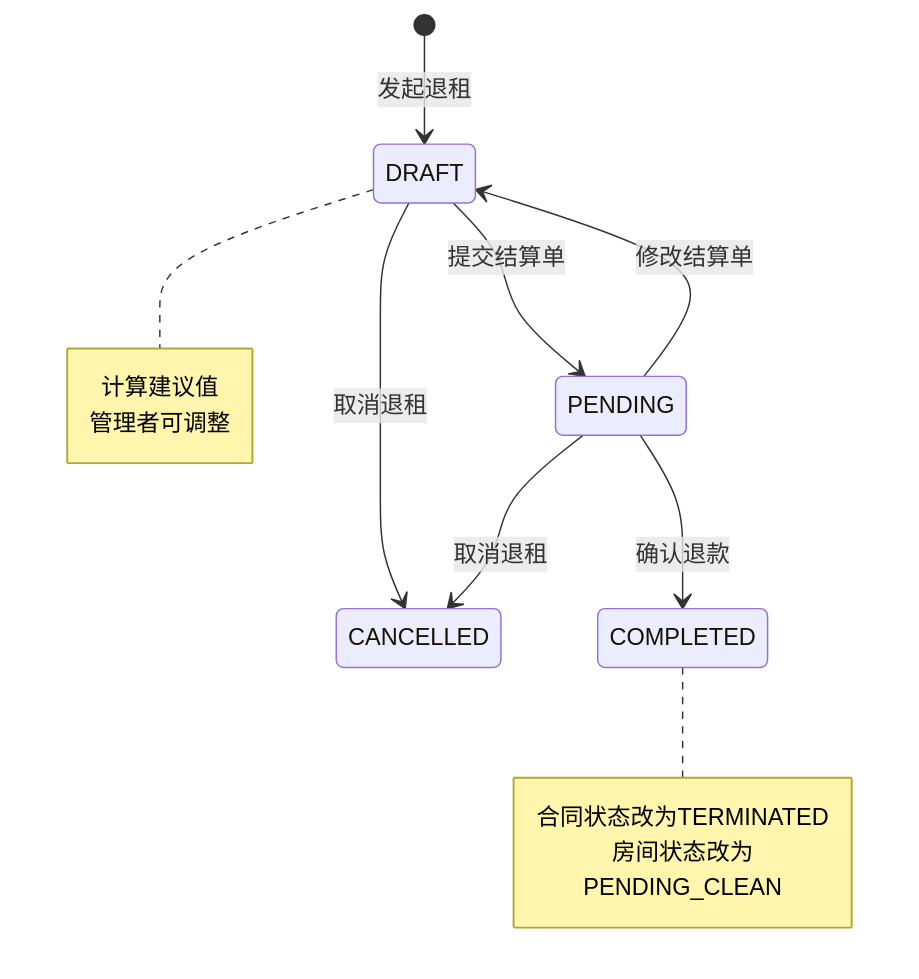
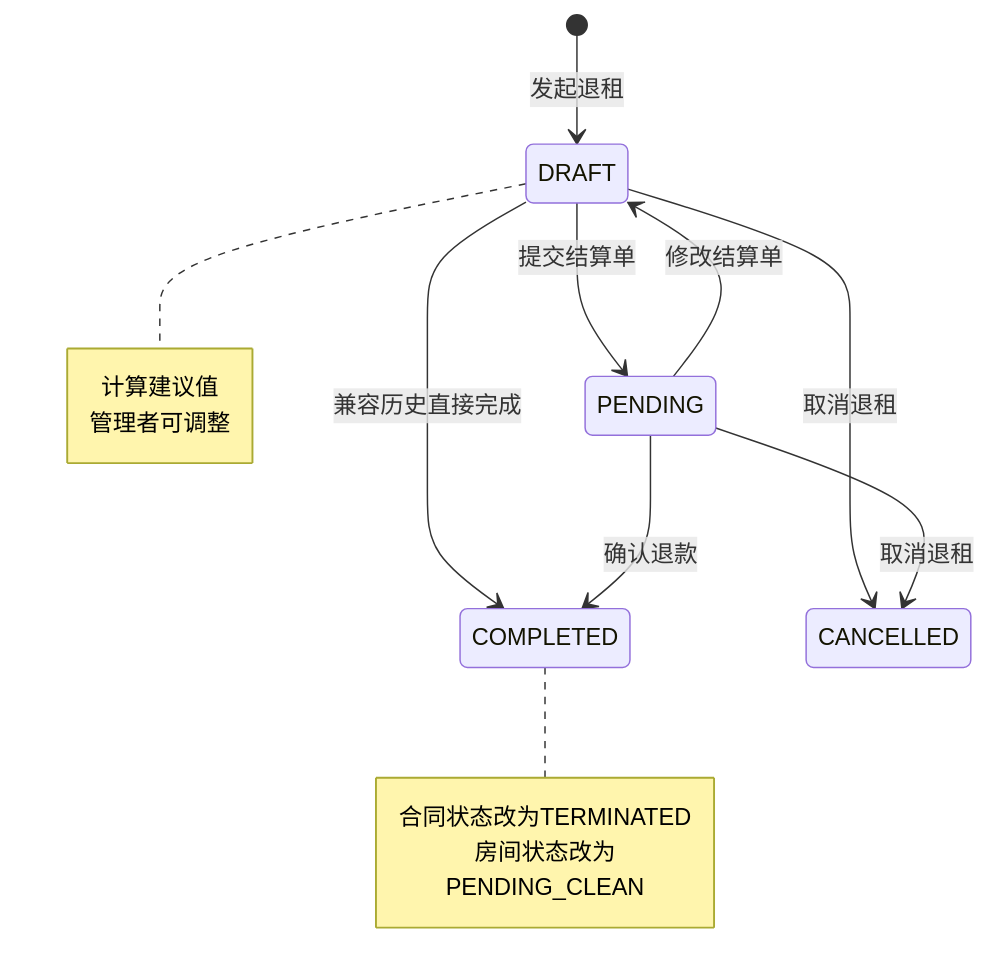
One commit to tyyt53909-create/tenant-management-system changed the fifth of 5 diagrams in docs/04-状态机.md. Above: the diagram before and after it, drawn with Mermaid. The commit also changed other lines of this file and 6 other files, not shown here.

````diff
--- a/docs/04-状态机.md
+++ b/docs/04-状态机.md
@@ -545,21 +545,22 @@
 ```mermaid
 stateDiagram-v2
     [*] --> DRAFT: 发起退租
     
     DRAFT --> PENDING: 提交结算单
+    DRAFT --> COMPLETED: 兼容历史直接完成
     DRAFT --> CANCELLED: 取消退租
     
     PENDING --> COMPLETED: 确认退款
     PENDING --> DRAFT: 修改结算单
     PENDING --> CANCELLED: 取消退租
     
     note right of DRAFT
         计算建议值
         管理者可调整
     end note
     
     note right of COMPLETED
         合同状态改为TERMINATED
         房间状态改为PENDING_CLEAN
     end note
 ```
````
